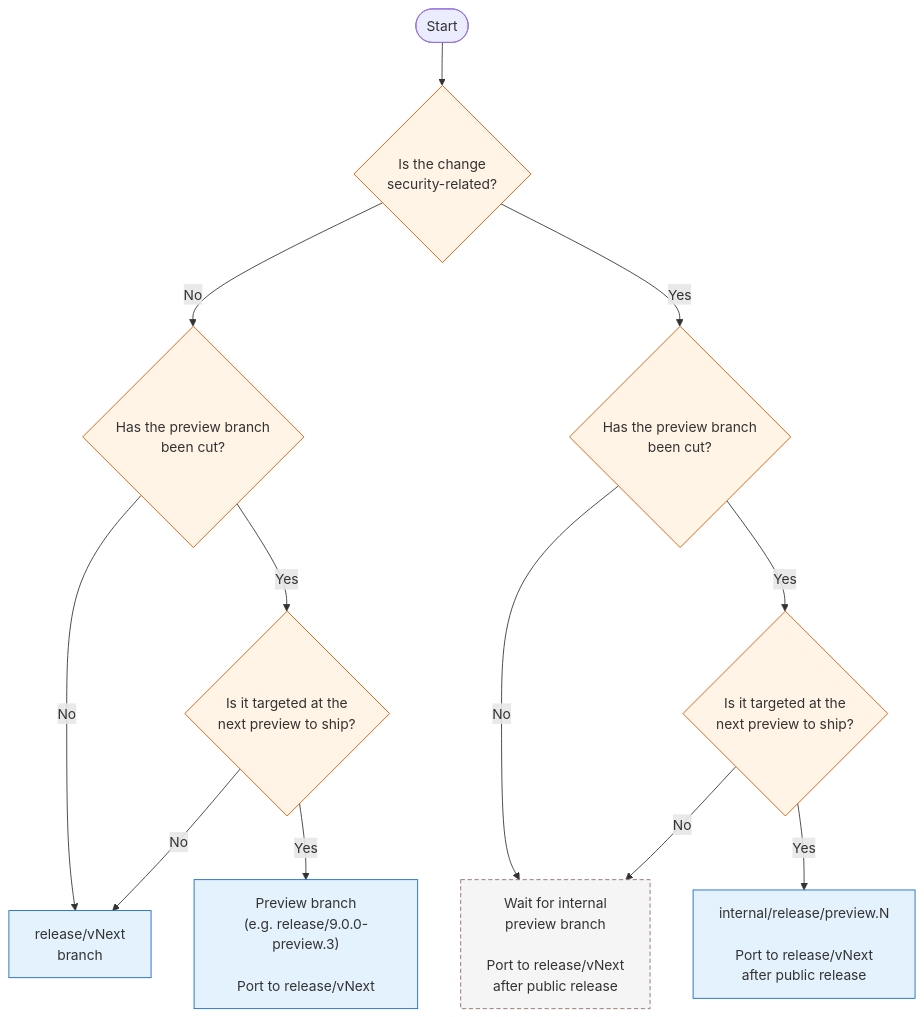
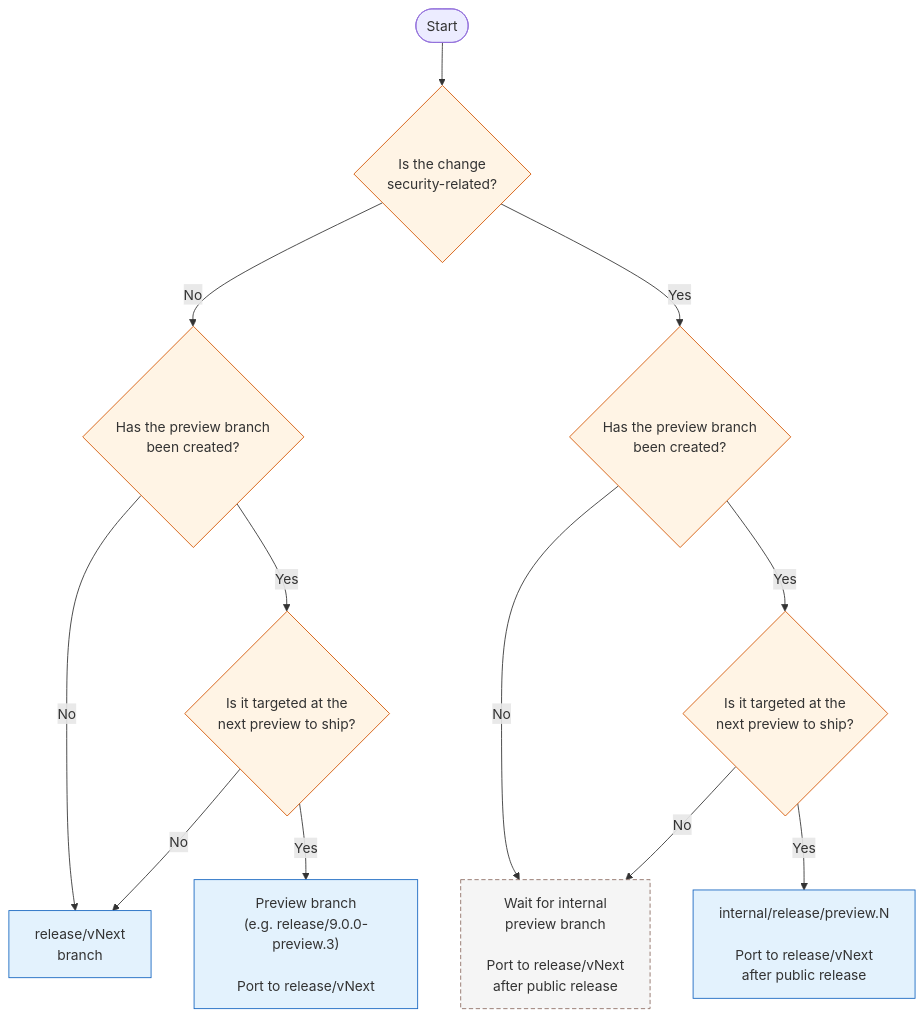
One commit to dotnet/dotnet changed the second of 3 diagrams in docs/VMR-Change-Target-Guide.md. Above: the diagram before and after it, drawn with Mermaid. The commit also changed other lines of this file, not shown here.

````diff
--- a/docs/VMR-Change-Target-Guide.md
+++ b/docs/VMR-Change-Target-Guide.md
@@ -89,36 +89,36 @@
 ```mermaid
 flowchart TD
     classDef decision fill:#fff4e5,stroke:#d35400,stroke-width:1px;
     classDef action fill:#e3f2fd,stroke:#1565c0,stroke-width:1px;
     classDef wait fill:#f5f5f5,stroke:#8d6e63,stroke-dasharray:5 3;
 
     start([Start])
     security{Is the change<br/>security-related?}
-    nonSecPreviewCut{Has the preview branch<br/>been cut?}
+    nonSecPreviewCut{Has the preview branch<br/>been created?}
     nonSecTargetNext{Is it targeted at the<br/>next preview to ship?}
-    secPreviewCut{Has the preview branch<br/>been cut?}
+    secPreviewCut{Has the preview branch<br/>been created?}
     secTargetNext{Is it targeted at the<br/>next preview to ship?}
 
     releaseVNext["release/vNext<br/>branch"]
     previewBranchRelease["Preview branch<br/>(e.g. release/9.0.0-preview.3)<br/><br/>Port to release/vNext"]
     waitInternalRelease["Wait for internal<br/>preview branch<br/><br/>Port to release/vNext<br/>after public release"]
     internalPreviewRelease["internal/release/preview.N<br/><br/>Port to release/vNext<br/>after public release"]
 
     start --> security
     security -- "No" --> nonSecPreviewCut
     security -- "Yes" --> secPreviewCut
 
     nonSecPreviewCut -- "No" --> releaseVNext
     nonSecPreviewCut -- "Yes" --> nonSecTargetNext
     nonSecTargetNext -- "Yes" --> previewBranchRelease
     nonSecTargetNext -- "No" --> releaseVNext
 
     secPreviewCut -- "No" --> waitInternalRelease
     secPreviewCut -- "Yes" --> secTargetNext
     secTargetNext -- "Yes" --> internalPreviewRelease
     secTargetNext -- "No" --> waitInternalRelease
 
     class security,nonSecPreviewCut,nonSecTargetNext,secPreviewCut,secTargetNext decision;
     class releaseVNext,previewBranchRelease,internalPreviewRelease action;
     class waitInternalRelease wait;
 ```
````
